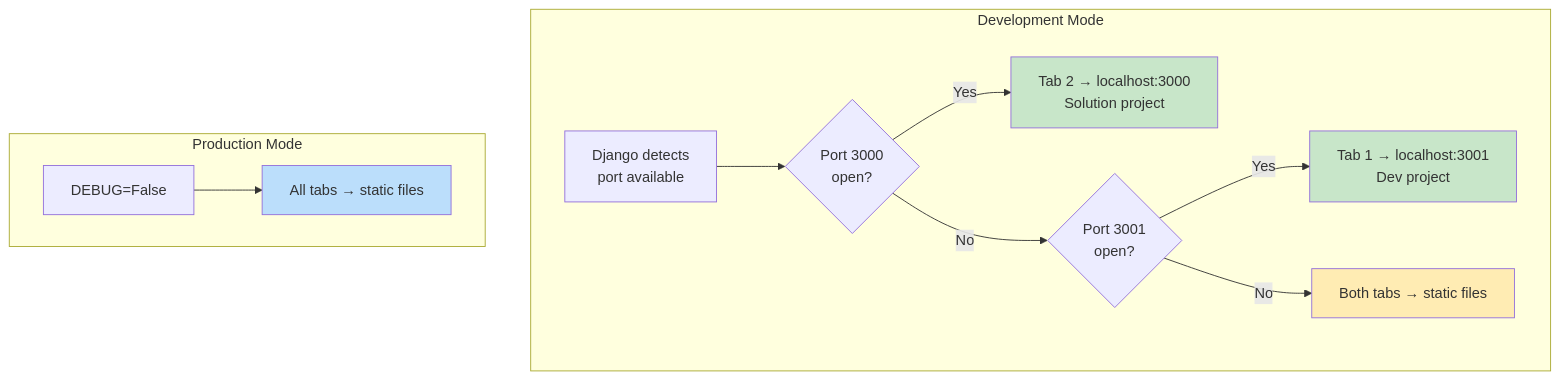
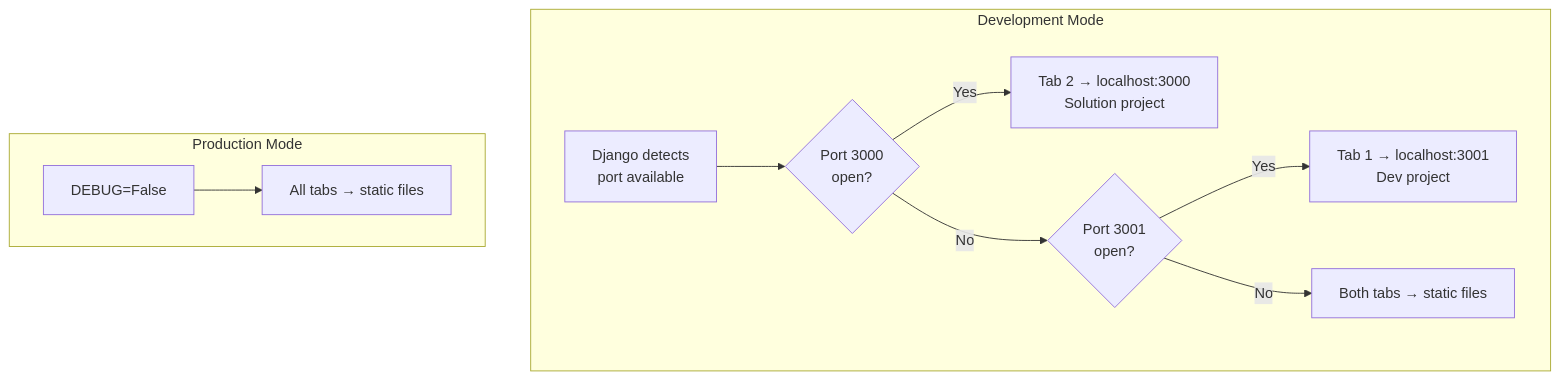
The sixth of 10 diagrams in docs/features/integrations/nextjs-admin/concepts.md (markolofsen/django-cfg), drawn with Mermaid before and after one commit. The commit also changed other lines of this file and 12 other files, not shown here.

````diff
--- a/docs/features/integrations/nextjs-admin/concepts.md
+++ b/docs/features/integrations/nextjs-admin/concepts.md
@@ -262,29 +236,24 @@
 ```mermaid
 graph TB
     subgraph "Development Mode"
         A[Django detects<br/>port available]
         B{Port 3000<br/>open?}
         C{Port 3001<br/>open?}
         D[Tab 2 → localhost:3000<br/>Solution project]
         E[Tab 1 → localhost:3001<br/>Dev project]
         F[Both tabs → static files]
     end
 
     subgraph "Production Mode"
         G[DEBUG=False]
         H[All tabs → static files]
     end
 
     A --> B
     B -->|Yes| D
     B -->|No| C
     C -->|Yes| E
     C -->|No| F
 
     G --> H
-
-    style D fill:#c8e6c9
-    style E fill:#c8e6c9
-    style F fill:#ffecb3
-    style H fill:#bbdefb
 ```
````
